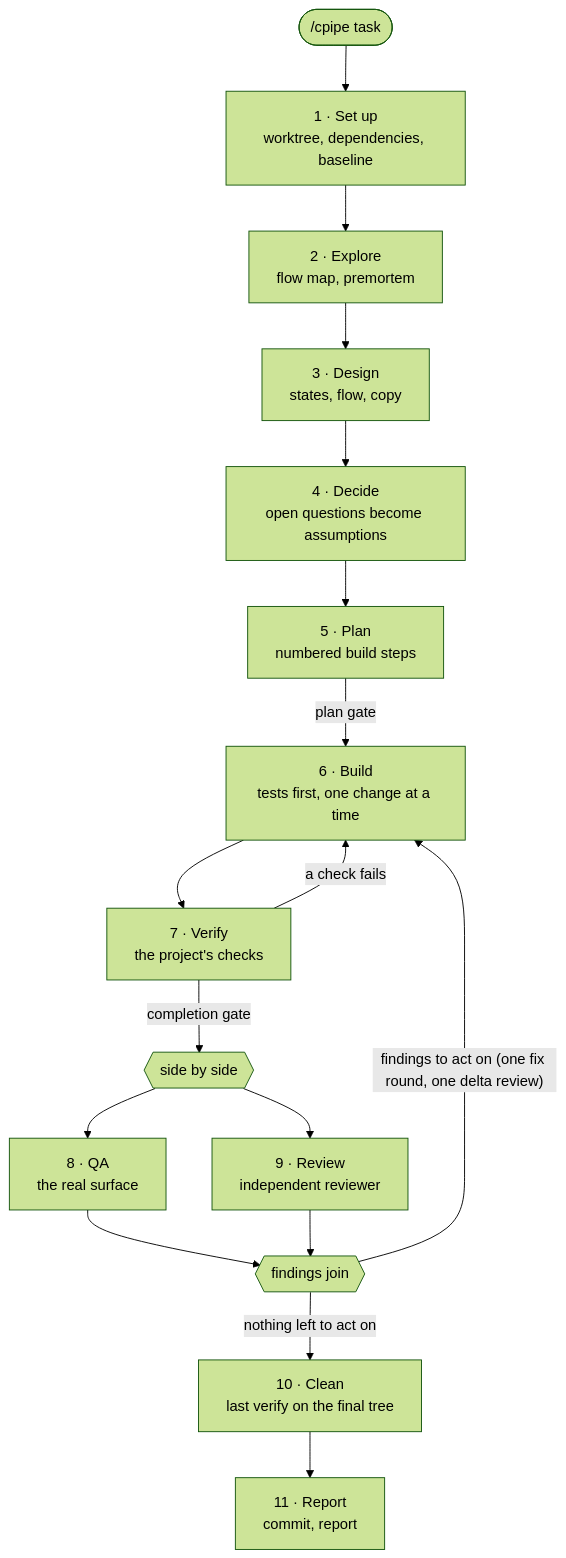
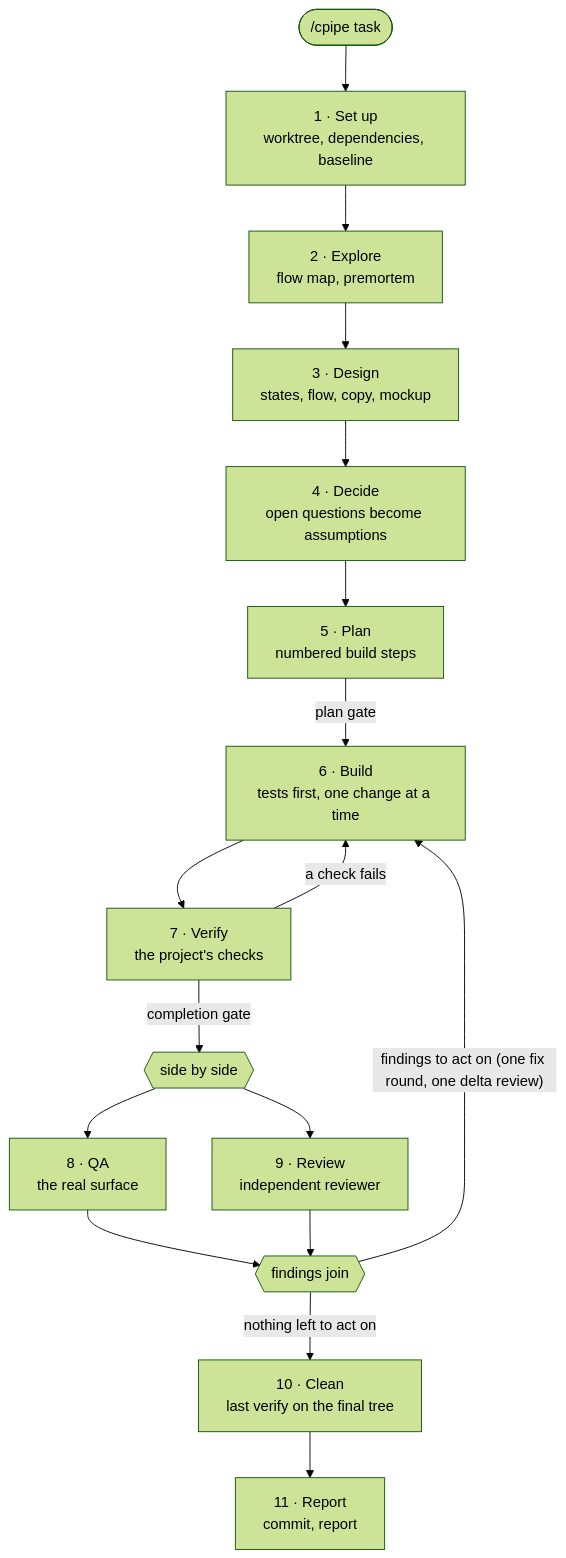
One commit to chryzxc/cpipe changed the first of 2 diagrams in README.md. Above: the diagram before and after it, drawn with Mermaid (forest theme). The commit also changed other lines of this file and 5 other files, not shown here.

Commit message:
feat(design): plan the look ahead and check the build against the mockup

````diff
--- a/README.md
+++ b/README.md
@@ -214,19 +218,19 @@
 ```mermaid
 flowchart TD
     T(["/cpipe task"]) --> S1["1 · Set up<br/>worktree, dependencies, baseline"]
     S1 --> S2["2 · Explore<br/>flow map, premortem"]
-    S2 --> S3["3 · Design<br/>states, flow, copy"]
+    S2 --> S3["3 · Design<br/>states, flow, copy, mockup"]
     S3 --> S4["4 · Decide<br/>open questions become assumptions"]
     S4 --> S5["5 · Plan<br/>numbered build steps"]
     S5 -->|plan gate| S6["6 · Build<br/>tests first, one change at a time"]
     S6 --> S7["7 · Verify<br/>the project's checks"]
     S7 -->|a check fails| S6
     S7 -->|completion gate| FORK{{"side by side"}}
     FORK --> S8["8 · QA<br/>the real surface"]
     FORK --> S9["9 · Review<br/>independent reviewer"]
     S8 --> JOIN{{"findings join"}}
     S9 --> JOIN
     JOIN -->|"findings to act on (one fix round, one delta review)"| S6
     JOIN -->|nothing left to act on| S10["10 · Clean<br/>last verify on the final tree"]
     S10 --> S11["11 · Report<br/>commit, report"]
 ```
````
